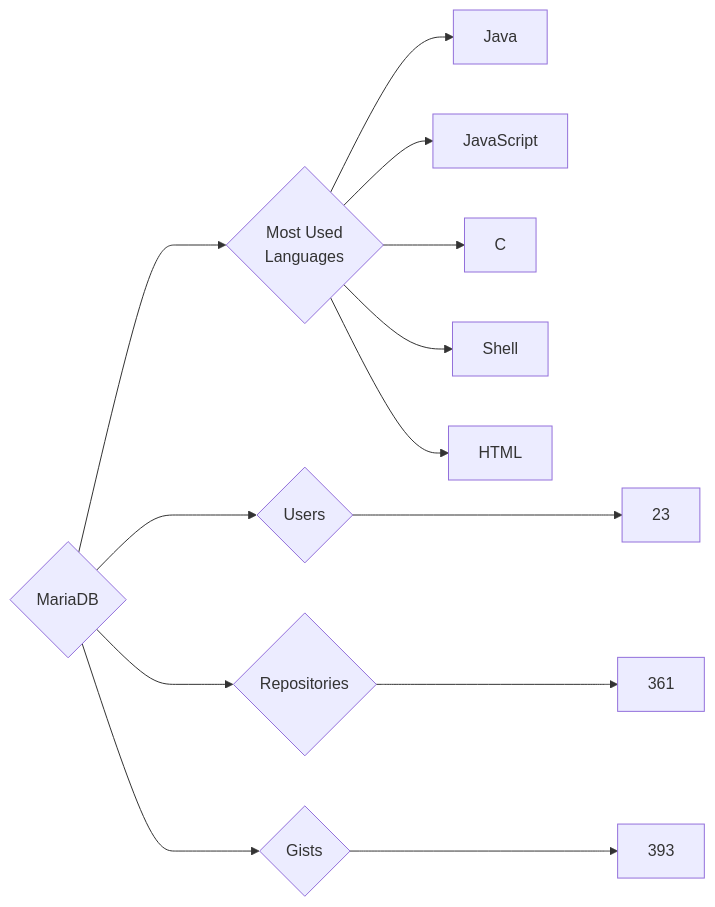
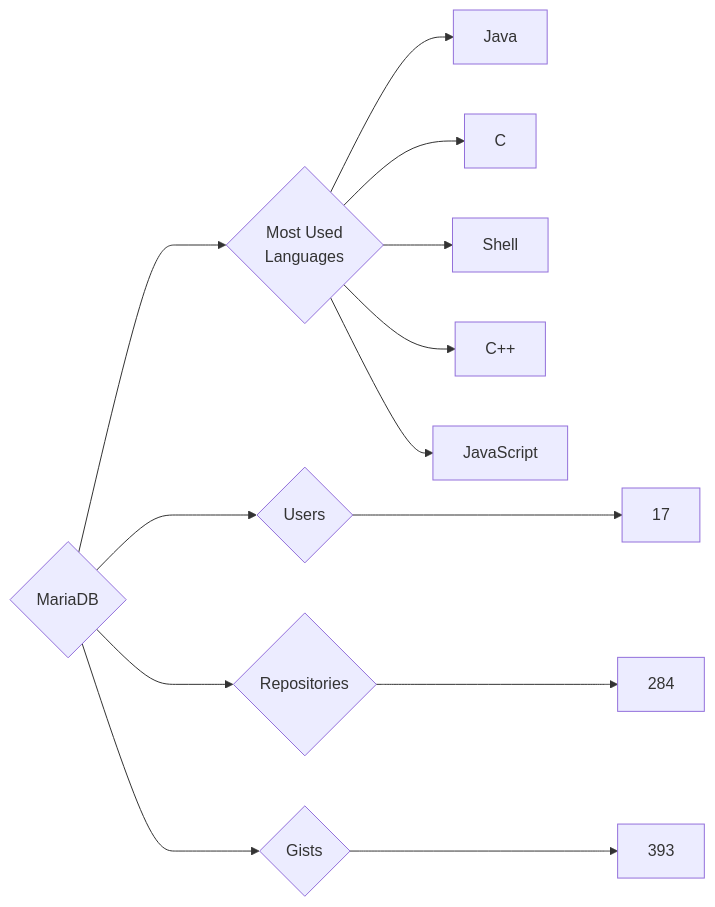
Before and after one commit to trickest/insiders: the diagram in targets/MariaDB/README.md, drawn with Mermaid. The commit also changed 720 other files, not shown here.

````diff
--- a/targets/MariaDB/README.md
+++ b/targets/MariaDB/README.md
@@ -3,13 +3,13 @@
 ```mermaid
 graph LR
 COMPANY_NAME{MariaDB}
-COMPANY_NAME ---> U{Users} ---> UN[23]
-COMPANY_NAME ---> R{Repositories} ---> RN[361]
+COMPANY_NAME ---> U{Users} ---> UN[17]
+COMPANY_NAME ---> R{Repositories} ---> RN[284]
 COMPANY_NAME ---> G{Gists} ---> GN[393]
 COMPANY_NAME ---> ML{Most Used<br>Languages}
 ML --> Java[Java]
-ML --> JavaScript[JavaScript]
 ML --> C[C]
 ML --> Shell[Shell]
-ML --> HTML[HTML]
+ML --> C++[C++]
+ML --> JavaScript[JavaScript]
 ```
````
